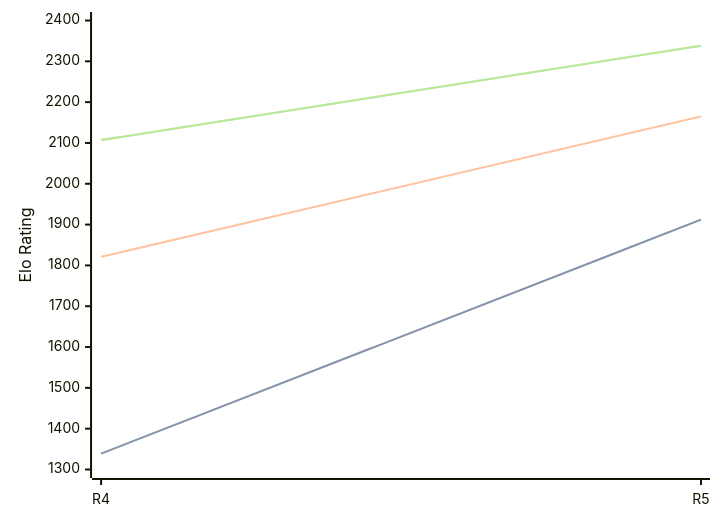
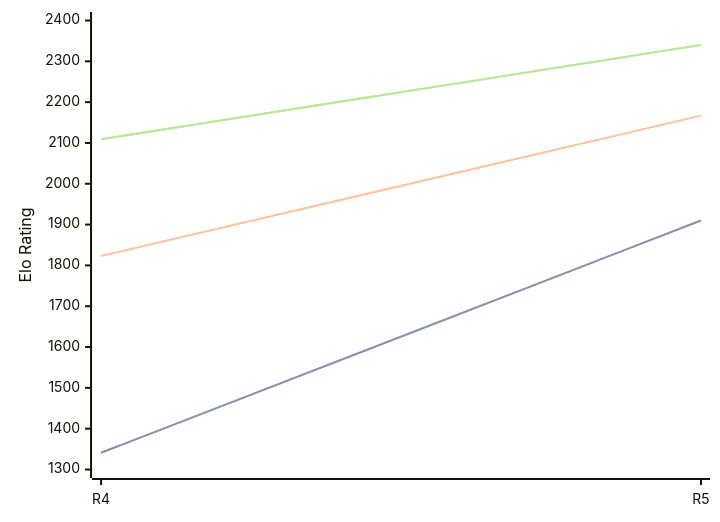
Before and after one commit to computer-chess-index/cci: the diagram in engines/Viking.md, drawn with Mermaid. The commit also changed other lines of this file, not shown here.

Commit message:
Update CCI Ratings (ELO VLTC) - 2026-08-09

````diff
--- a/engines/Viking.md
+++ b/engines/Viking.md
@@ -35,11 +35,11 @@
 ```mermaid
 %%{init: {"theme":"base","themeVariables":{"seriesColors:['#a3a3a3','#222221','#faa371']}}}%%
 xychart-beta
   x-axis ["R4", "R5"]
   y-axis "Elo Rating" 1300 --> 2400
-  line "STC (8.0+0.08s)" [1339, 1912]
-  line "STC (8.0+0.08s)" [1339, 1912]
-  line "LTC (60.0+0.60s)" [1821, 2165]
-  line "VLTC (2m24s+1.12s)" [2107, 2338]
-  line "VLTC (2m24s+1.12s)" [2107, 2338]
+  line "STC (8.0+0.08s)" [1341, 1910]
+  line "STC (8.0+0.08s)" [1341, 1910]
+  line "LTC (60.0+0.60s)" [1823, 2167]
+  line "VLTC (2m24s+1.12s)" [2109, 2340]
+  line "VLTC (2m24s+1.12s)" [2109, 2340]
 ```
````
